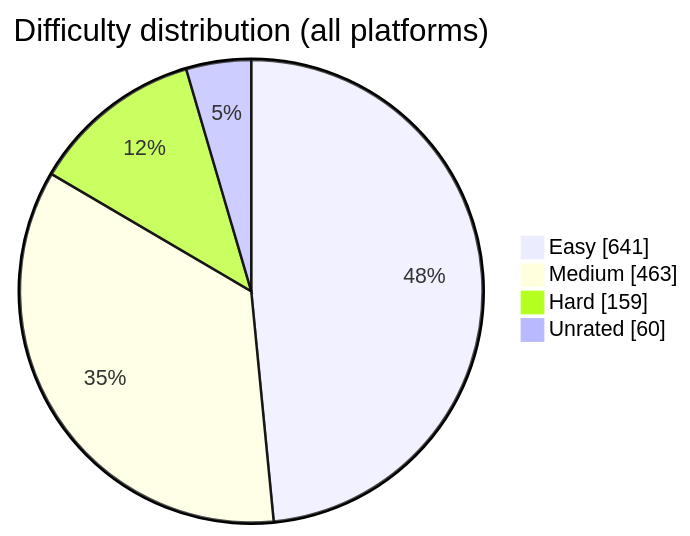
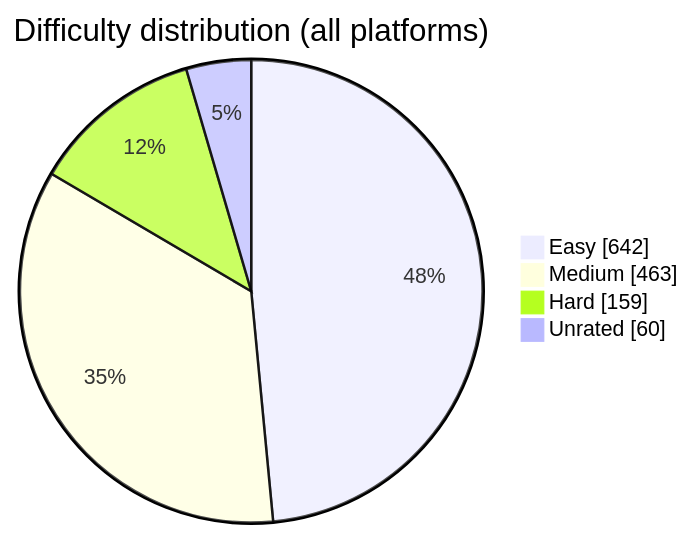
The diagram in README.md (BuildbyArindam/Daily-Coding-Log), drawn with Mermaid before and after one commit. The commit also changed other lines of this file, not shown here.

````diff
--- a/README.md
+++ b/README.md
@@ -93,7 +93,7 @@
 ```mermaid
 pie showData title Difficulty distribution (all platforms)
-    "Easy" : 641
+    "Easy" : 642
     "Medium" : 463
     "Hard" : 159
     "Unrated" : 60
 ```
````
